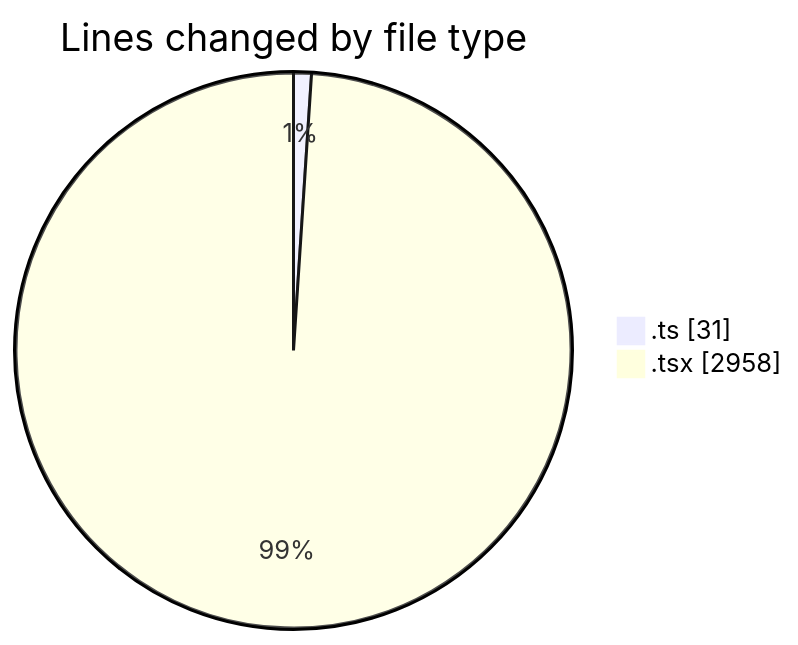
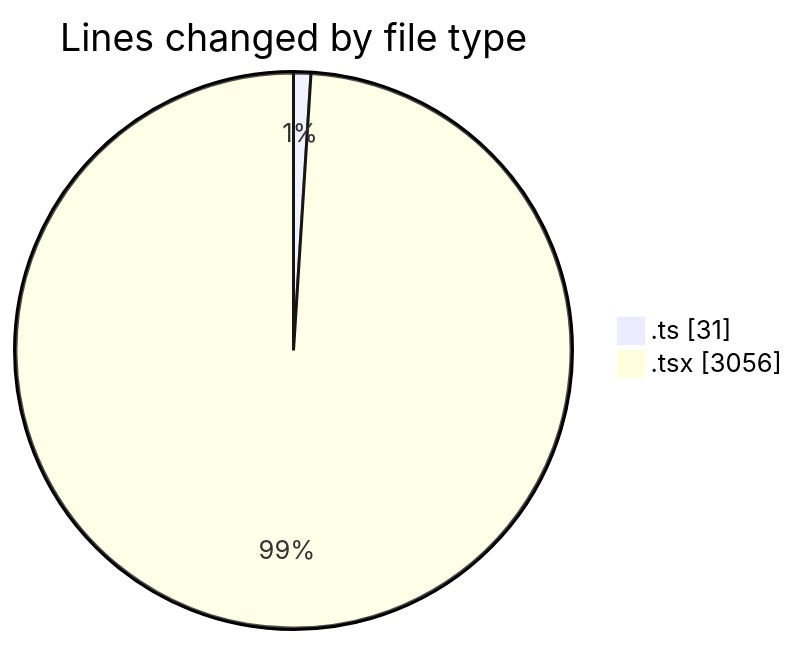
The first of 2 diagrams in 2026-04-24/nxtqube_webapp/README.md (nxtqubesakshisongat/code-tracking), drawn with Mermaid before and after one commit. The commit also changed other lines of this file and 1 other file, not shown here.

````diff
--- a/2026-04-24/nxtqube_webapp/README.md
+++ b/2026-04-24/nxtqube_webapp/README.md
@@ -24,6 +24,6 @@
 ```mermaid
 pie showData
 title Lines changed by file type
 ".ts" : 31
-".tsx" : 2958
+".tsx" : 3056
 ```
````
